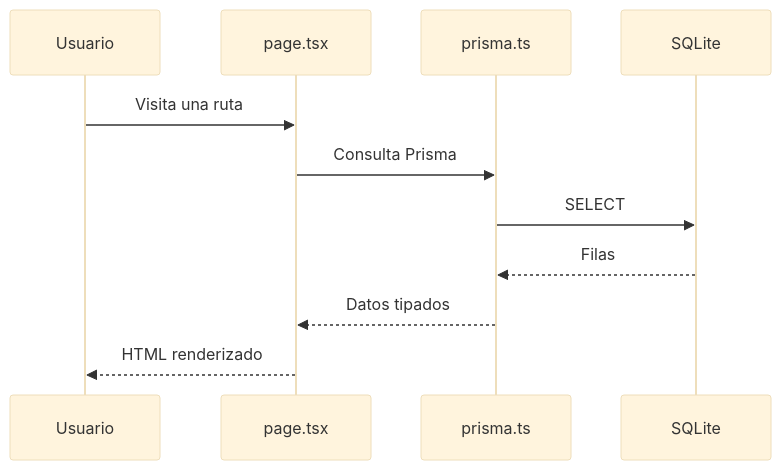
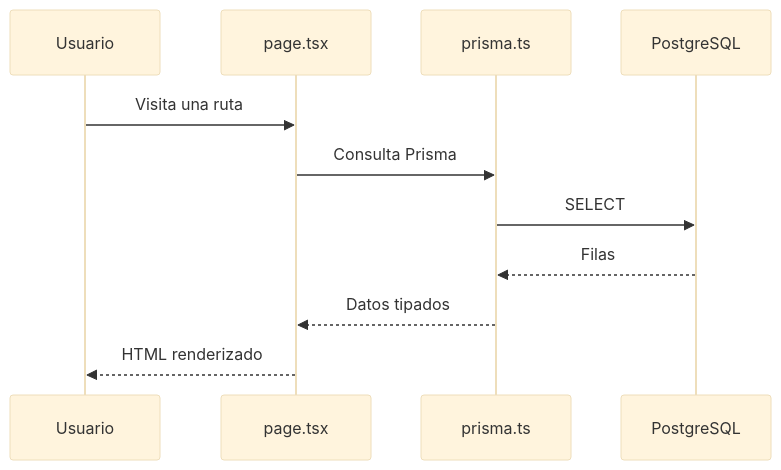
One commit to lautioliver/UcaNode changed the second of 3 diagrams in wiki/Rutas-y-flujos.md. Above: the diagram before and after it, drawn with Mermaid (base theme). The commit also changed other lines of this file and 18 other files, not shown here.

First line of the commit message:
feat: migrar a PostgreSQL y preparar deploy en Vercel + Neon

````diff
--- a/wiki/Rutas-y-flujos.md
+++ b/wiki/Rutas-y-flujos.md
@@ -65,14 +65,14 @@
 ```mermaid
 sequenceDiagram
     participant U as Usuario
     participant P as page.tsx
     participant Pr as prisma.ts
-    participant DB as SQLite
+    participant DB as PostgreSQL
 
     U->>P: Visita una ruta
     P->>Pr: Consulta Prisma
     Pr->>DB: SELECT
     DB-->>Pr: Filas
     Pr-->>P: Datos tipados
     P-->>U: HTML renderizado
 ```
````
